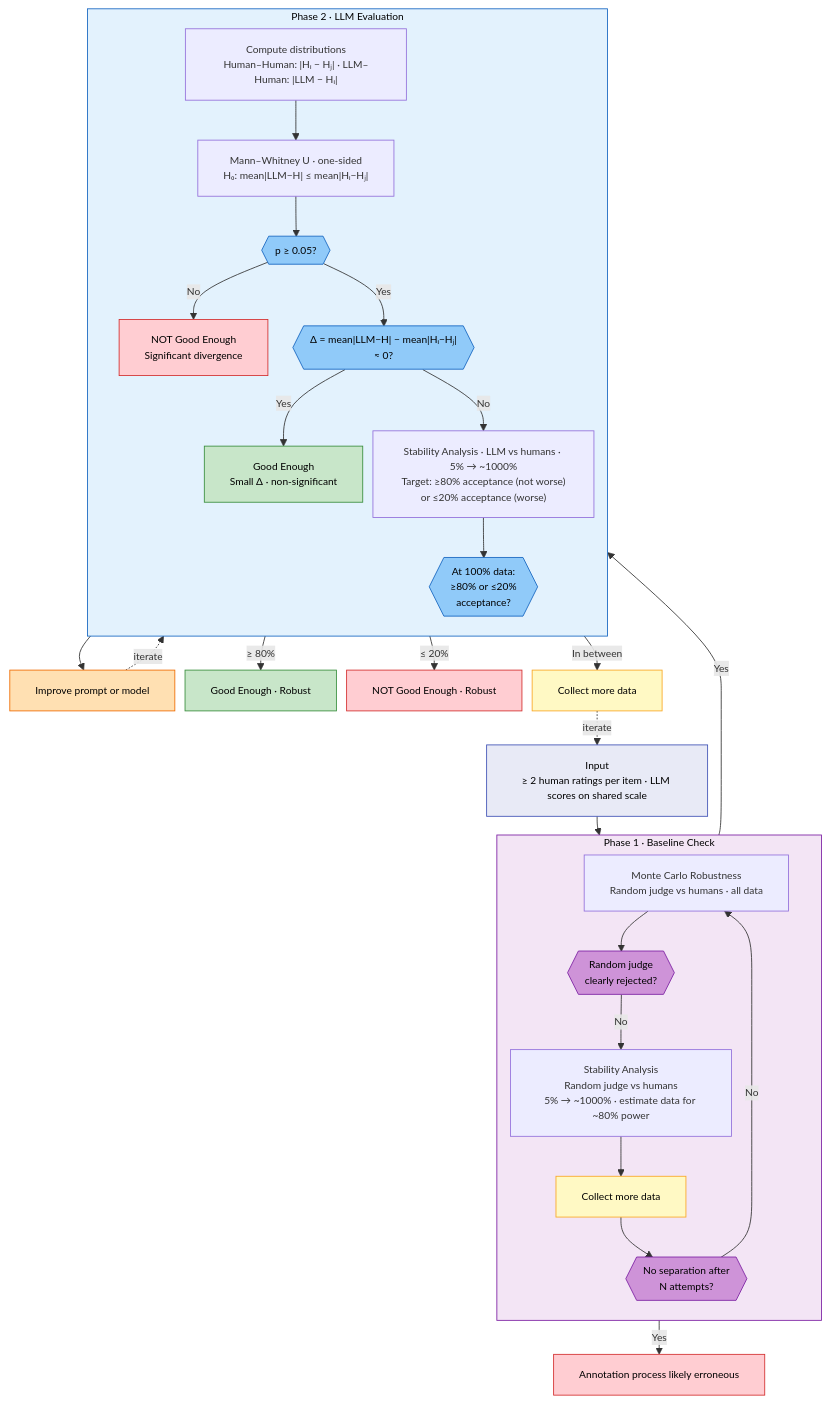
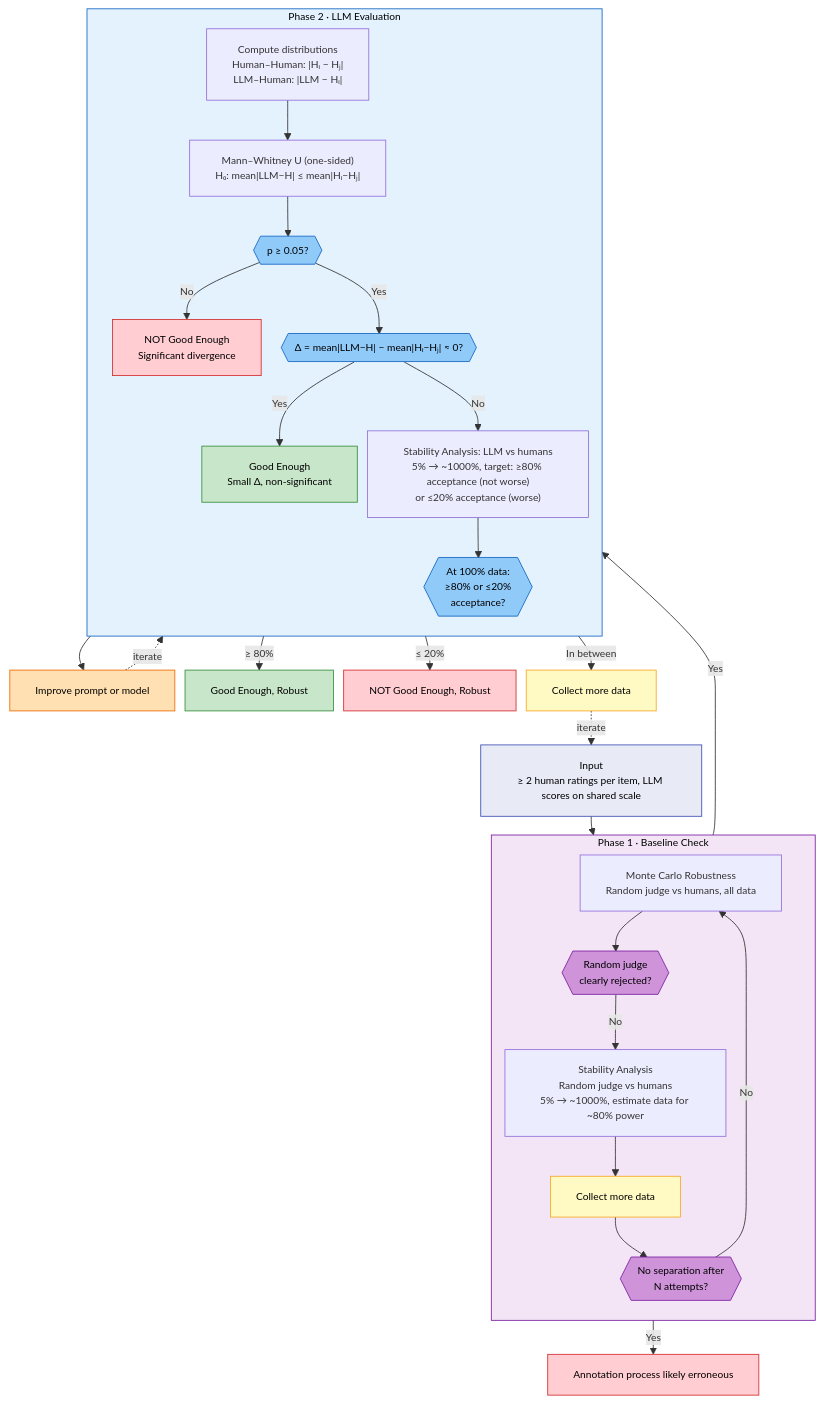
One commit to Ocean-code-1995/llm-judge-good-enough changed the diagram in diagrams/mermaid/general_approach.mmd. Above: the diagram before and after it, drawn with Mermaid. The commit also changed 3 other files, not shown here.

Commit message:
docs(diagrams): refine workflow labels and add PowerPoint export

```diff
--- a/diagrams/mermaid/general_approach.mmd
+++ b/diagrams/mermaid/general_approach.mmd
@@ -1,58 +1,58 @@
 %%{init: {'flowchart': {'nodeSpacing': 12, 'rankSpacing': 22}, 'themeVariables': {'fontSize': '12px', 'fontFamily': 'arial, sans-serif'}}}%%
 flowchart TD
-    INPUT["Input<br/>≥ 2 human ratings per item · LLM scores on shared scale"]
+    INPUT["Input<br/>≥ 2 human ratings per item, LLM scores on shared scale"]
 
     INPUT --> MC
 
     subgraph PHASE1 ["Phase 1 · Baseline Check"]
         direction TB
-        MC["Monte Carlo Robustness<br/>Random judge vs humans · all data"]
+        MC["Monte Carlo Robustness<br/>Random judge vs humans, all data"]
         MC --> MCOK{{"Random judge<br/>clearly rejected?"}}
-        MCOK -->|"No"| STAB1["Stability Analysis<br/>Random judge vs humans<br/>5% → ~1000% · estimate data for ~80% power"]
+        MCOK -->|"No"| STAB1["Stability Analysis<br/>Random judge vs humans<br/>5% → ~1000%, estimate data for ~80% power"]
         STAB1 --> MOREDATA["Collect more data"]
         MOREDATA --> LIMIT{{"No separation after<br/>N attempts?"}}
         LIMIT -->|"No"| MC
     end
 
     LIMIT -->|"Yes"| ERR["Annotation process likely erroneous"]
     MCOK -->|"Yes"| PHASE2
 
     subgraph PHASE2 ["Phase 2 · LLM Evaluation"]
         direction TB
-        COMP["Compute distributions<br/>Human–Human: |Hᵢ − Hⱼ| · LLM–Human: |LLM − Hᵢ|"]
-        MWU["Mann–Whitney U · one-sided<br/>H₀: mean|LLM−H| ≤ mean|Hᵢ−Hⱼ|"]
+        COMP["Compute distributions<br/>Human–Human: |Hᵢ − Hⱼ|<br/>LLM–Human: |LLM − Hᵢ|"]
+        MWU["Mann–Whitney U (one-sided)<br/>H₀: mean|LLM−H| ≤ mean|Hᵢ−Hⱼ|"]
         COMP --> MWU
         MWU --> PVAL{{"p ≥ 0.05?"}}
         PVAL -->|"No"| NOTGE["NOT Good Enough<br/>Significant divergence"]
-        PVAL -->|"Yes"| DELTA{{"Δ = mean|LLM−H| − mean|Hᵢ−Hⱼ|<br/>≈ 0?"}}
-        DELTA -->|"Yes"| GOOD1["Good Enough<br/>Small Δ · non-significant"]
-        DELTA -->|"No"| STAB2["Stability Analysis · LLM vs humans · 5% → ~1000%<br/>Target: ≥80% acceptance (not worse)<br/>or ≤20% acceptance (worse)"]
+        PVAL -->|"Yes"| DELTA{{"Δ = mean|LLM−H| − mean|Hᵢ−Hⱼ| ≈ 0?"}}
+        DELTA -->|"Yes"| GOOD1["Good Enough<br/>Small Δ, non-significant"]
+        DELTA -->|"No"| STAB2["Stability Analysis: LLM vs humans<br/>5% → ~1000%, target: ≥80% acceptance (not worse)<br/>or ≤20% acceptance (worse)"]
         STAB2 --> STABLE{{"At 100% data:<br/>≥80% or ≤20%<br/>acceptance?"}}
     end
 
     NOTGE --> FIX["Improve prompt or model"]
     FIX -.->|"iterate"| PHASE2
 
-    STABLE -->|"≥ 80%"| GOOD2["Good Enough · Robust"]
-    STABLE -->|"≤ 20%"| NOTGE2["NOT Good Enough · Robust"]
+    STABLE -->|"≥ 80%"| GOOD2["Good Enough, Robust"]
+    STABLE -->|"≤ 20%"| NOTGE2["NOT Good Enough, Robust"]
     STABLE -->|"In between"| MORE2["Collect more data"]
     MORE2 -.->|"iterate"| INPUT
 
     style INPUT   fill:#E8EAF6,stroke:#3F51B5,color:#000
     style GOOD1   fill:#C8E6C9,stroke:#388E3C,color:#000
     style GOOD2   fill:#C8E6C9,stroke:#388E3C,color:#000
     style NOTGE   fill:#FFCDD2,stroke:#D32F2F,color:#000
     style NOTGE2  fill:#FFCDD2,stroke:#D32F2F,color:#000
     style ERR     fill:#FFCDD2,stroke:#D32F2F,color:#000
     style MOREDATA fill:#FFF9C4,stroke:#F9A825,color:#000
     style MORE2   fill:#FFF9C4,stroke:#F9A825,color:#000
     style FIX     fill:#FFE0B2,stroke:#EF6C00,color:#000
 
     style PHASE1  fill:#F3E5F5,stroke:#7B1FA2,color:#000
     style PHASE2  fill:#E3F2FD,stroke:#1565C0,color:#000
 
     style MCOK    fill:#CE93D8,stroke:#7B1FA2,color:#000
     style LIMIT   fill:#CE93D8,stroke:#7B1FA2,color:#000
     style PVAL    fill:#90CAF9,stroke:#1565C0,color:#000
     style DELTA   fill:#90CAF9,stroke:#1565C0,color:#000
     style STABLE  fill:#90CAF9,stroke:#1565C0,color:#000
```
